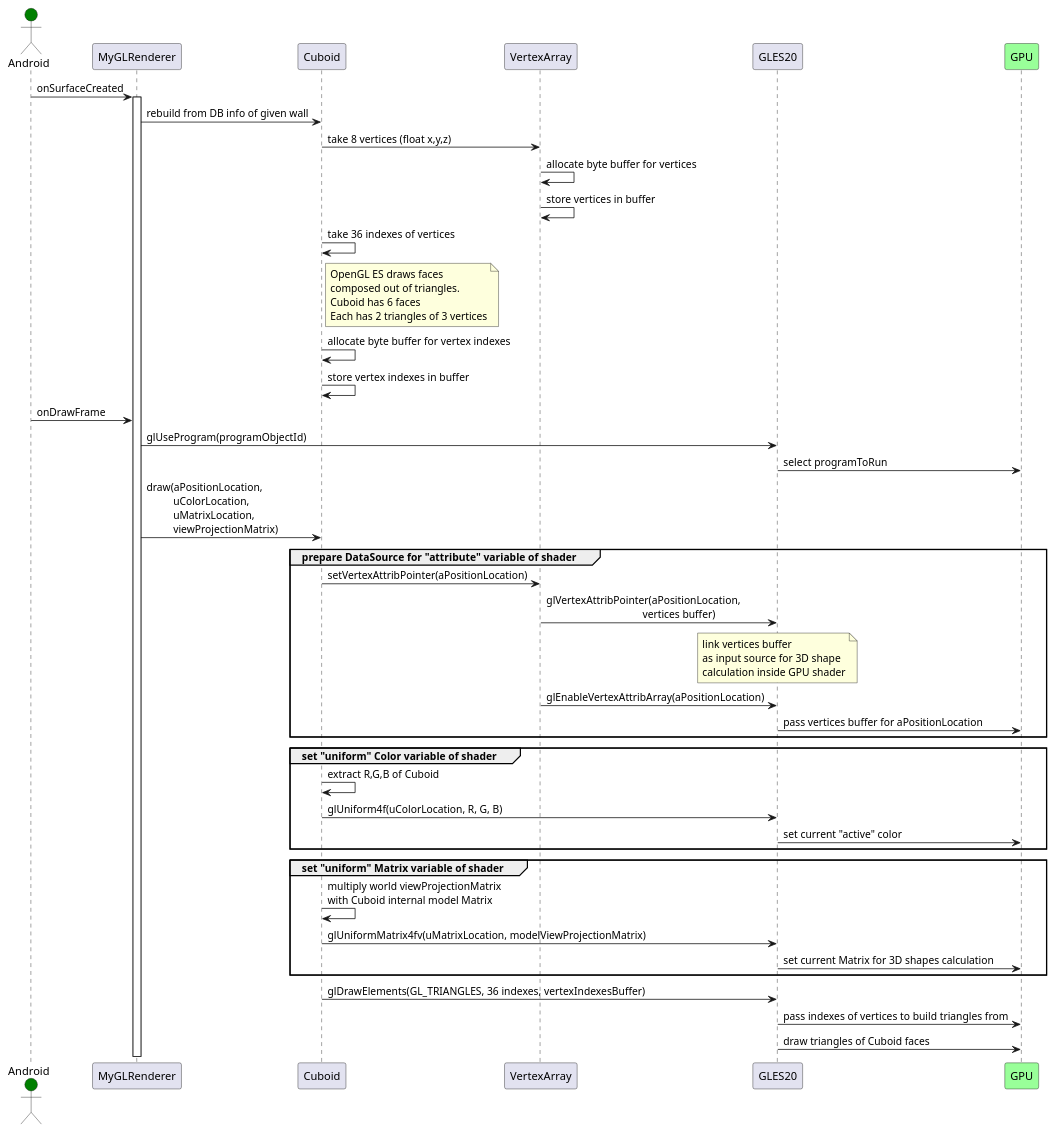
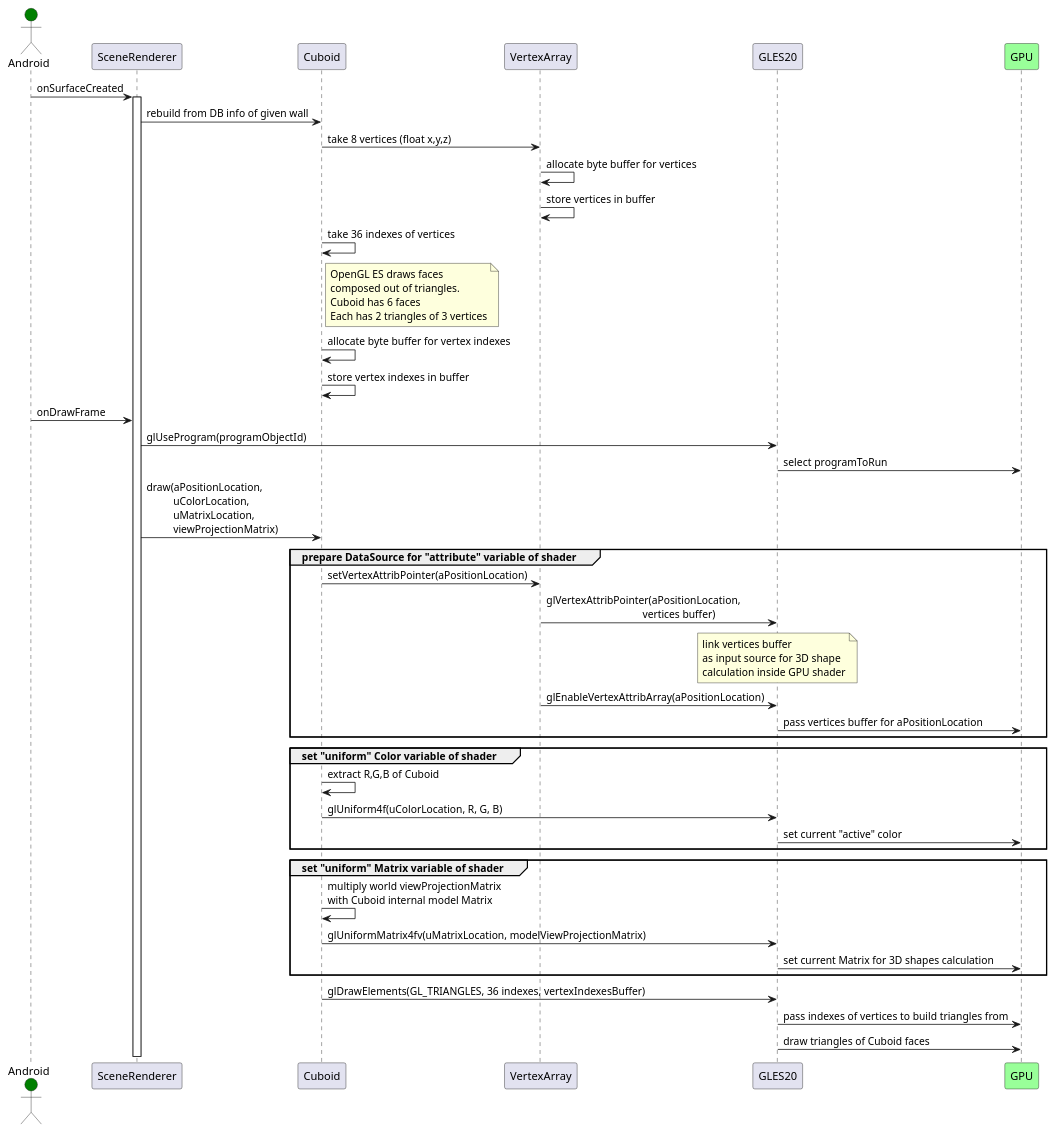
Before and after one commit to bogumil-latuszek/virtual_gallery_3D: the diagram in uml/use_openGL.puml, drawn with PlantUML. The commit also changed 8 other files, not shown here.

Commit message:
zamiana nazw klas: MyGLRenderer => SceneRenderer, MyGLSurfaceView => Surface3DView

```diff
--- a/uml/use_openGL.puml
+++ b/uml/use_openGL.puml
@@ -1,60 +1,60 @@
 @startuml Prepare OpenGL
 actor       Android       as Android1 #green
-participant MyGLRenderer as MyGLRenderer
+participant SceneRenderer as SceneRenderer
 participant Cuboid as Cuboid
 participant VertexArray as VertexArray
 participant GLES20 as GLES20
 participant GPU as GPU #99FF99
 
-Android1 -> MyGLRenderer: onSurfaceCreated
-activate MyGLRenderer
-MyGLRenderer -> Cuboid: rebuild from DB info of given wall
+Android1 -> SceneRenderer: onSurfaceCreated
+activate SceneRenderer
+SceneRenderer -> Cuboid: rebuild from DB info of given wall
 Cuboid -> VertexArray: take 8 vertices (float x,y,z)
 VertexArray -> VertexArray: allocate byte buffer for vertices
 VertexArray -> VertexArray: store vertices in buffer
 
 Cuboid -> Cuboid: take 36 indexes of vertices
 note right Cuboid
 OpenGL ES draws faces
 composed out of triangles.
 Cuboid has 6 faces
 Each has 2 triangles of 3 vertices
 end note
 Cuboid -> Cuboid: allocate byte buffer for vertex indexes
 Cuboid -> Cuboid: store vertex indexes in buffer
 
-Android1 -> MyGLRenderer: onDrawFrame
+Android1 -> SceneRenderer: onDrawFrame
 
 
-MyGLRenderer -> GLES20: glUseProgram(programObjectId)
+SceneRenderer -> GLES20: glUseProgram(programObjectId)
 GLES20 -> GPU: select programToRun
 
-MyGLRenderer -> Cuboid: draw(aPositionLocation,\n          uColorLocation,\n          uMatrixLocation,\n          viewProjectionMatrix)
+SceneRenderer -> Cuboid: draw(aPositionLocation,\n          uColorLocation,\n          uMatrixLocation,\n          viewProjectionMatrix)
 group prepare DataSource for "attribute" variable of shader
 Cuboid -> VertexArray: setVertexAttribPointer(aPositionLocation)
 VertexArray -> GLES20: glVertexAttribPointer(aPositionLocation,\n                                    vertices buffer)
 note over GLES20
 link vertices buffer
 as input source for 3D shape
 calculation inside GPU shader
 end note
 VertexArray -> GLES20: glEnableVertexAttribArray(aPositionLocation)
 GLES20 -> GPU: pass vertices buffer for aPositionLocation
 end
 
 group set "uniform" Color variable of shader
 Cuboid -> Cuboid: extract R,G,B of Cuboid
 Cuboid -> GLES20: glUniform4f(uColorLocation, R, G, B)
 GLES20 -> GPU: set current "active" color
 end
 
 group set "uniform" Matrix variable of shader
 Cuboid -> Cuboid: multiply world viewProjectionMatrix\nwith Cuboid internal model Matrix
 Cuboid -> GLES20: glUniformMatrix4fv(uMatrixLocation, modelViewProjectionMatrix)
 GLES20 -> GPU: set current Matrix for 3D shapes calculation
 end
 
 Cuboid -> GLES20: glDrawElements(GL_TRIANGLES, 36 indexes, vertexIndexesBuffer)
 GLES20 -> GPU: pass indexes of vertices to build triangles from
 GLES20 -> GPU: draw triangles of Cuboid faces
 @enduml
```
